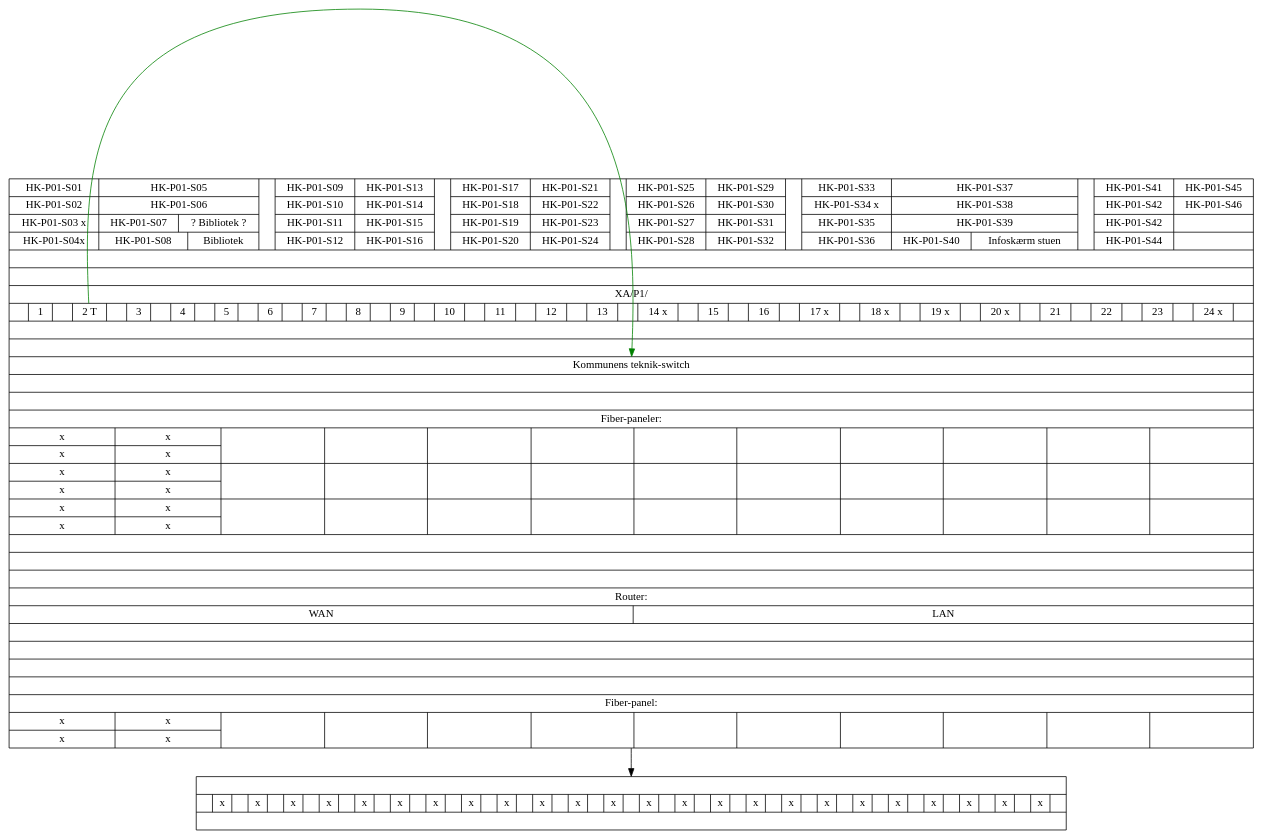
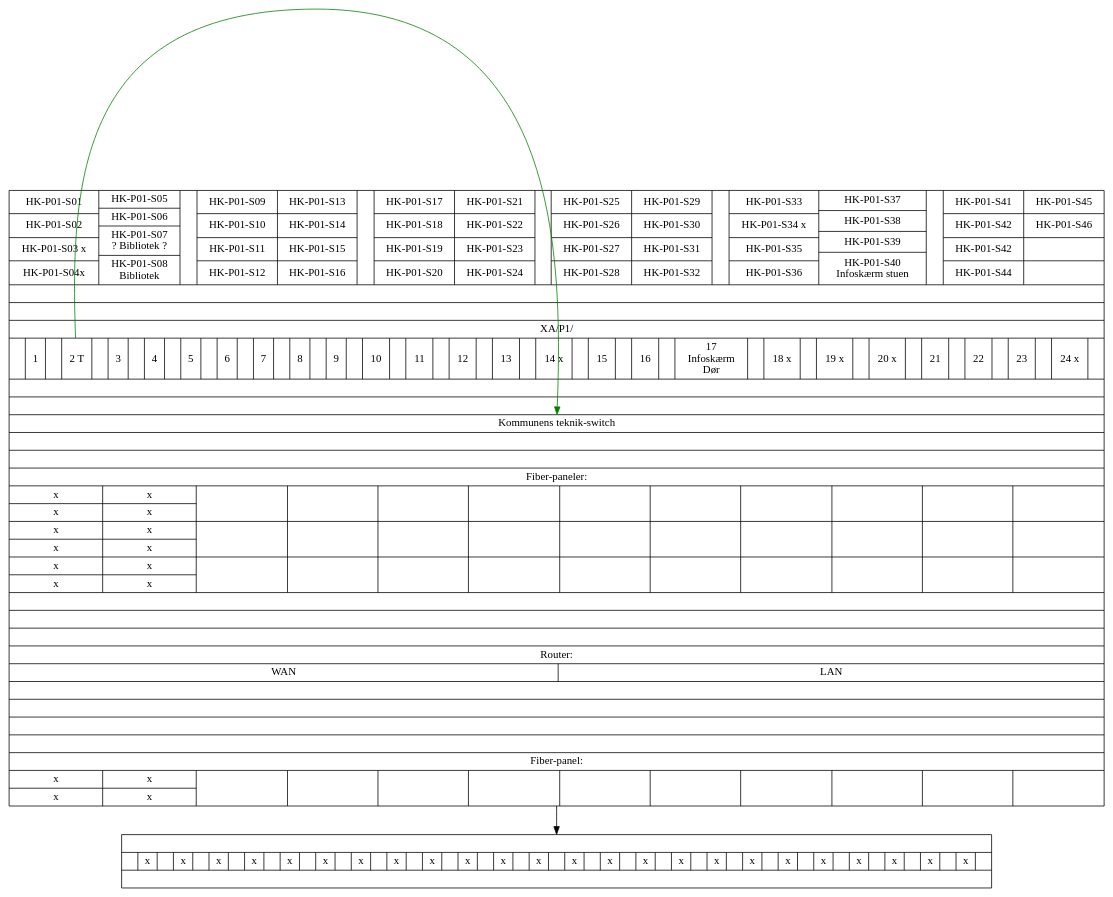
The diagram in projekter/patch-paneler.dot (alslug/alslug.dk), drawn with Graphviz before and after one commit.

```diff
--- a/projekter/patch-paneler.dot
+++ b/projekter/patch-paneler.dot
@@ -1,47 +1,47 @@
 digraph xxx {
   bib_patch [ shape=record label="{
   					{
 						{HK-P01-S01|HK-P01-S02|HK-P01-S03 x|HK-P01-S04x}|
-						{HK-P01-S05|HK-P01-S06|{HK-P01-S07|? Bibliotek ?}|{HK-P01-S08|Bibliotek}}||
+						{HK-P01-S05|HK-P01-S06|HK-P01-S07\n? Bibliotek ?|HK-P01-S08\nBibliotek}||
 						
 						{HK-P01-S09|HK-P01-S10|HK-P01-S11|HK-P01-S12}|
 						{HK-P01-S13|HK-P01-S14|HK-P01-S15|HK-P01-S16}||
 						
 						{HK-P01-S17|HK-P01-S18|HK-P01-S19|HK-P01-S20}|
 						{HK-P01-S21|HK-P01-S22|HK-P01-S23|HK-P01-S24}||
 						
 						{HK-P01-S25|HK-P01-S26|HK-P01-S27|HK-P01-S28}|
 						{HK-P01-S29|HK-P01-S30|HK-P01-S31|HK-P01-S32}||
 						
 						{HK-P01-S33|HK-P01-S34 x|HK-P01-S35|HK-P01-S36}|
-						{HK-P01-S37|HK-P01-S38|HK-P01-S39|{HK-P01-S40|Infoskærm stuen}}||
+						{HK-P01-S37|HK-P01-S38|HK-P01-S39|HK-P01-S40\nInfoskærm stuen}||
 						
 						{HK-P01-S41|HK-P01-S42|HK-P01-S42|HK-P01-S44}|
 						{HK-P01-S45|HK-P01-S46||}
 					}
 					|||XA/P1/|
-					{|1||<xa_p1_2> 2 T||3||4||5||6||7||8||9||10||11||12||13||14 x||15||16||17 x||18 x||19 x||20 x||21||22||23||24 x|}
+					{|1||<xa_p1_2> 2 T||3||4||5||6||7||8||9||10||11||12||13||14 x||15||16||17\nInfoskærm\nDør||18 x||19 x||20 x||21||22||23||24 x|}
 					|||
 					<kom_switch>Kommunens teknik-switch
 					|||
 					Fiber-paneler:
 					|
 					{{x|x}|{x|x}||||||||||}
 					|
 					{{x|x}|{x|x}||||||||||}
 					|
 					{{x|x}|{x|x}||||||||||}
 					||||
 					Router:|
 					{WAN|LAN}|
 					{}
 					||||
 					Fiber-panel:|
 					{{x|x}|{x|x}||||||||||}
 				   }" ];
   alslug_patch [ shape=record label="{
 					|{ |x| |x| |x| |x| |x| |x| |x| |x| |x| |x| |x| |x| |x| |x| |x| |x| |x| |x| |x| |x| |x| |x| |x| |x| }|
                                       }" ];
   bib_patch -> alslug_patch;
   bib_patch:xa_p1_2 -> bib_patch:kom_switch [ color=green ];
 }
```
